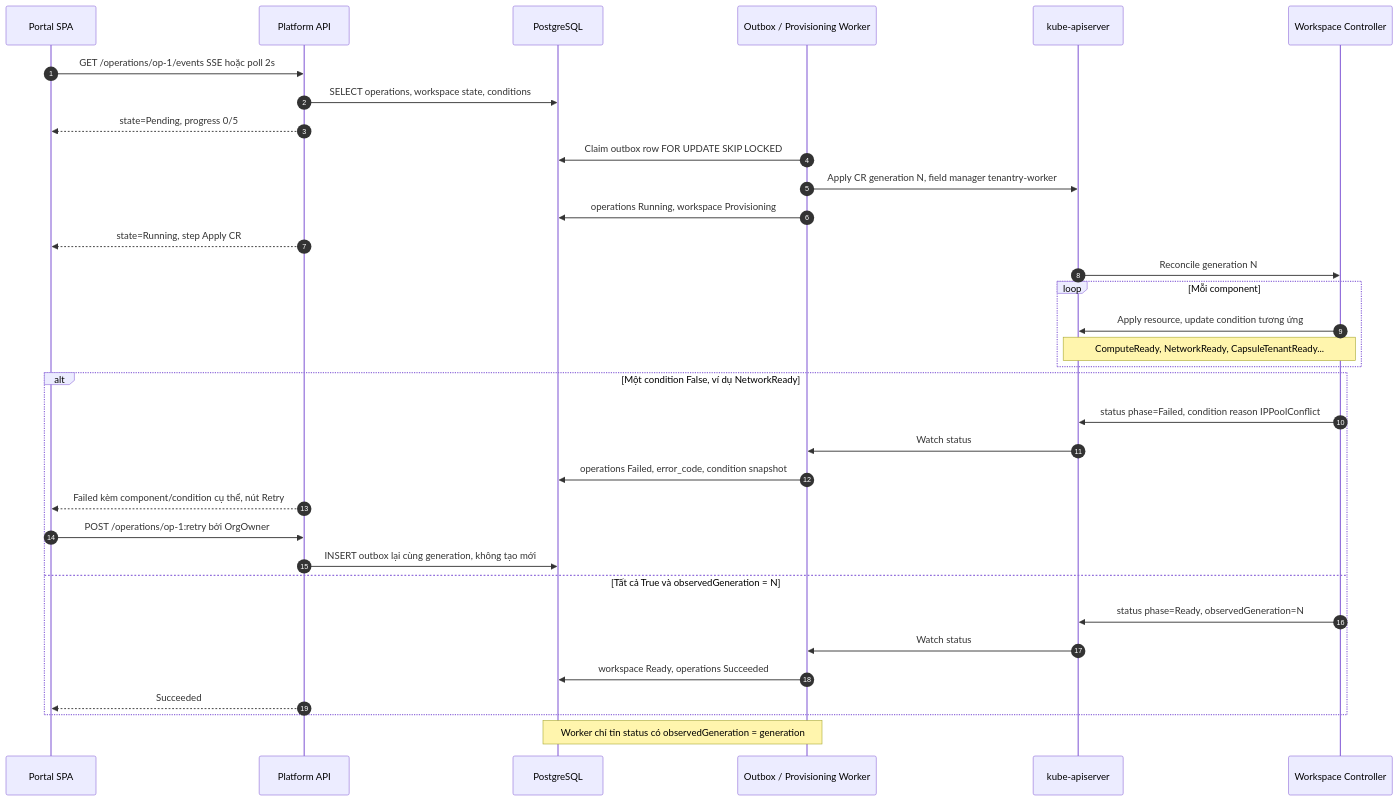
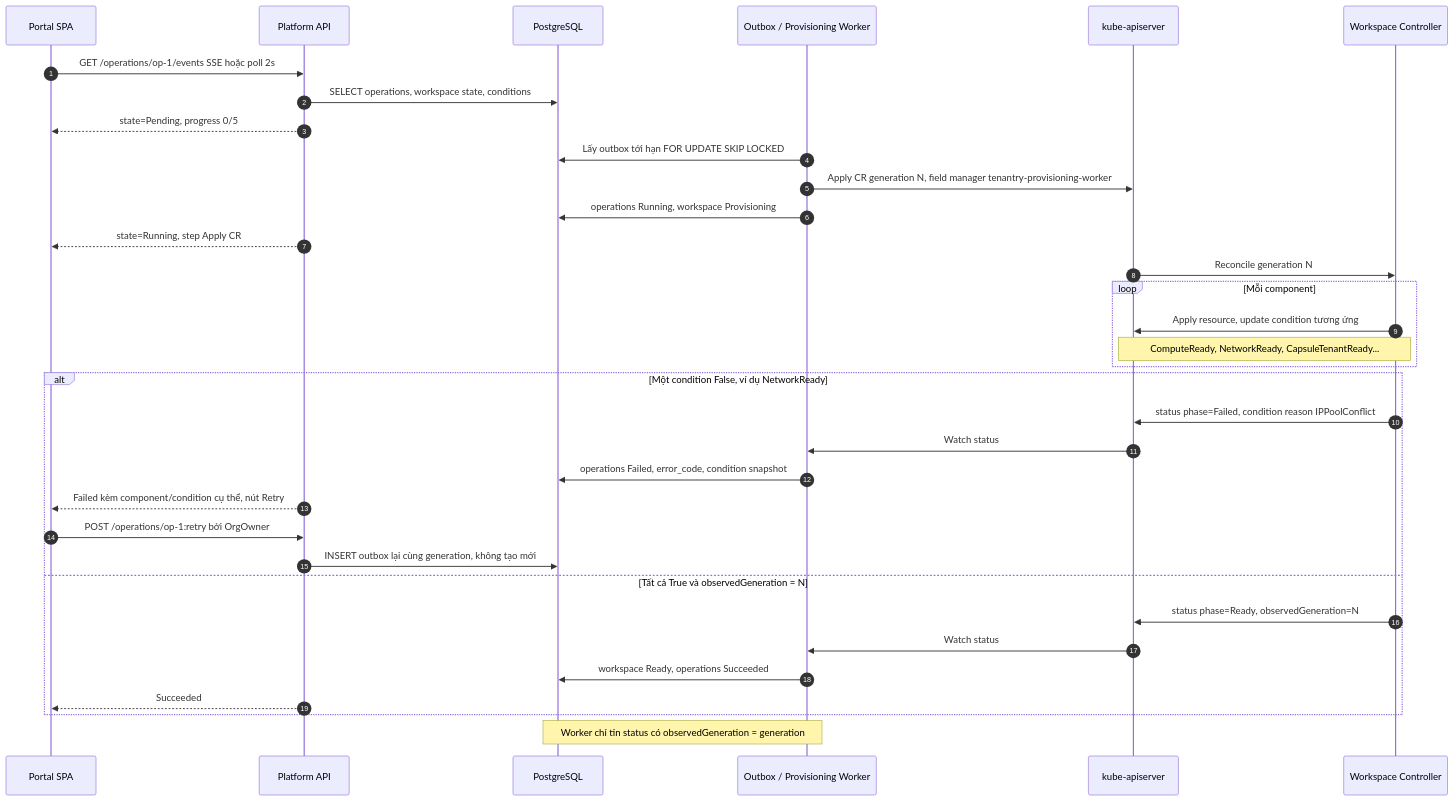
One commit to thaihoc1310/tenantry changed diagram 18 of 19 in docs/architecture/03-flows.md. Above: the diagram before and after it, drawn with Mermaid. The commit also changed other lines of this file and 12 other files, not shown here.

````diff
--- a/docs/architecture/03-flows.md
+++ b/docs/architecture/03-flows.md
@@ -1003,37 +1061,37 @@
 ```mermaid
 sequenceDiagram
   autonumber
   participant SPA as Portal SPA
   participant API as Platform API
   participant DB as PostgreSQL
   participant PW as Outbox / Provisioning Worker
   participant K8S as kube-apiserver
   participant CTRL as Workspace Controller
 
   SPA->>API: GET /operations/op-1/events SSE hoặc poll 2s
   API->>DB: SELECT operations, workspace state, conditions
   API-->>SPA: state=Pending, progress 0/5
-  PW->>DB: Claim outbox row FOR UPDATE SKIP LOCKED
-  PW->>K8S: Apply CR generation N, field manager tenantry-worker
+  PW->>DB: Lấy outbox tới hạn FOR UPDATE SKIP LOCKED
+  PW->>K8S: Apply CR generation N, field manager tenantry-provisioning-worker
   PW->>DB: operations Running, workspace Provisioning
   API-->>SPA: state=Running, step Apply CR
   K8S->>CTRL: Reconcile generation N
   loop Mỗi component
     CTRL->>K8S: Apply resource, update condition tương ứng
     Note over CTRL,K8S: ComputeReady, NetworkReady, CapsuleTenantReady...
   end
   alt Một condition False, ví dụ NetworkReady
     CTRL->>K8S: status phase=Failed, condition reason IPPoolConflict
     K8S->>PW: Watch status
     PW->>DB: operations Failed, error_code, condition snapshot
     API-->>SPA: Failed kèm component/condition cụ thể, nút Retry
     SPA->>API: POST /operations/op-1:retry bởi OrgOwner
     API->>DB: INSERT outbox lại cùng generation, không tạo mới
   else Tất cả True và observedGeneration = N
     CTRL->>K8S: status phase=Ready, observedGeneration=N
     K8S->>PW: Watch status
     PW->>DB: workspace Ready, operations Succeeded
     API-->>SPA: Succeeded
   end
   Note over PW,DB: Worker chỉ tin status có observedGeneration = generation
 ```
````
